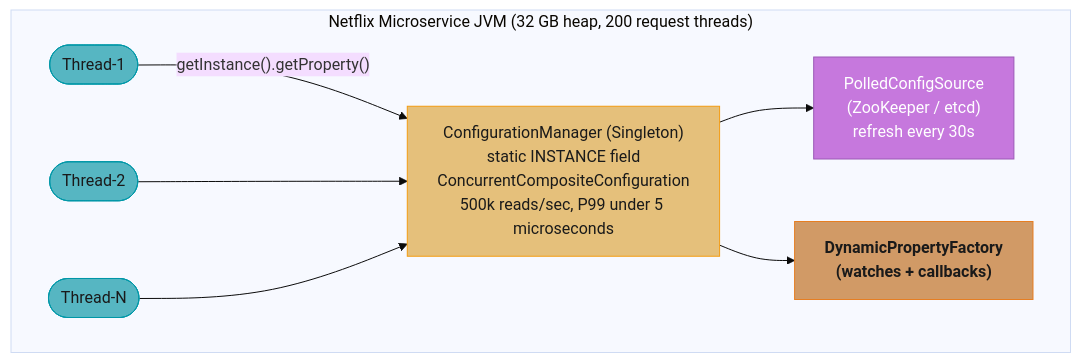
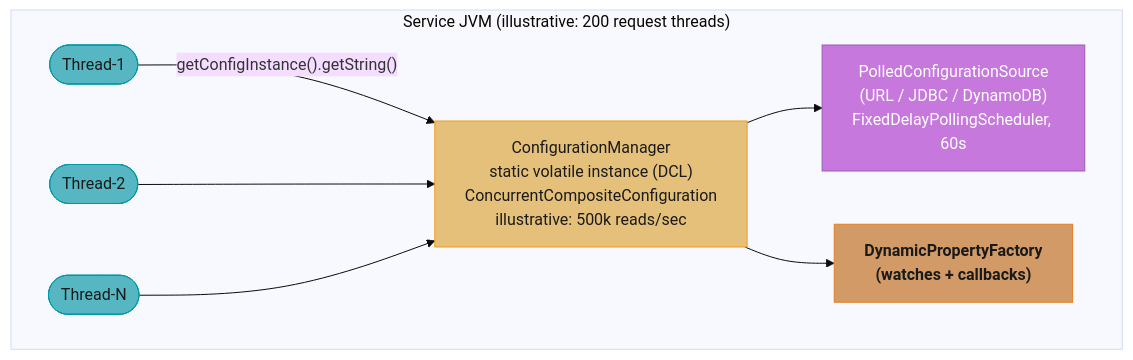
One commit to rppol/system-design changed the second of 4 diagrams in src/main/java/com/rutik/systemdesign/lld/creational/singleton/README.md. Above: the diagram before and after it, drawn with Mermaid (base theme). The commit also changed other lines of this file and 6 other files, not shown here.

````diff
--- a/src/main/java/com/rutik/systemdesign/lld/creational/singleton/README.md
+++ b/src/main/java/com/rutik/systemdesign/lld/creational/singleton/README.md
@@ -200,30 +202,30 @@
 ```mermaid
 flowchart LR
     classDef io      fill:#61afef,stroke:#2e86c1,color:#1a1a1a,font-weight:bold
     classDef frozen  fill:#c678dd,stroke:#9b59b6,color:#fff
     classDef train   fill:#98c379,stroke:#27ae60,color:#1a1a1a
     classDef mathOp  fill:#d19a66,stroke:#e67e22,color:#1a1a1a,font-weight:bold
     classDef lossN   fill:#e06c75,stroke:#c0392b,color:#fff,font-weight:bold
     classDef req     fill:#56b6c2,stroke:#0097a7,color:#1a1a1a
     classDef base    fill:#e5c07b,stroke:#f39c12,color:#1a1a1a
 
-    subgraph JVM["Netflix Microservice JVM (32 GB heap, 200 request threads)"]
+    subgraph JVM["Service JVM (illustrative: 200 request threads)"]
         direction LR
         T1(["Thread-1"])
         T2(["Thread-2"])
         TN(["Thread-N"])
-        CM["ConfigurationManager (Singleton)<br/>static INSTANCE field<br/>ConcurrentCompositeConfiguration<br/>500k reads/sec, P99 under 5 microseconds"]
-        PS["PolledConfigSource<br/>(ZooKeeper / etcd)<br/>refresh every 30s"]
+        CM["ConfigurationManager<br/>static volatile instance (DCL)<br/>ConcurrentCompositeConfiguration<br/>illustrative: 500k reads/sec"]
+        PS["PolledConfigurationSource<br/>(URL / JDBC / DynamoDB)<br/>FixedDelayPollingScheduler, 60s"]
         DPF["DynamicPropertyFactory<br/>(watches + callbacks)"]
-        T1 -->|"getInstance().getProperty()"| CM
+        T1 -->|"getConfigInstance().getString()"| CM
         T2 --> CM
         TN --> CM
         CM --> PS
         CM --> DPF
     end
 
     class T1,T2,TN req
     class CM base
     class PS frozen
     class DPF mathOp
 ```
````
